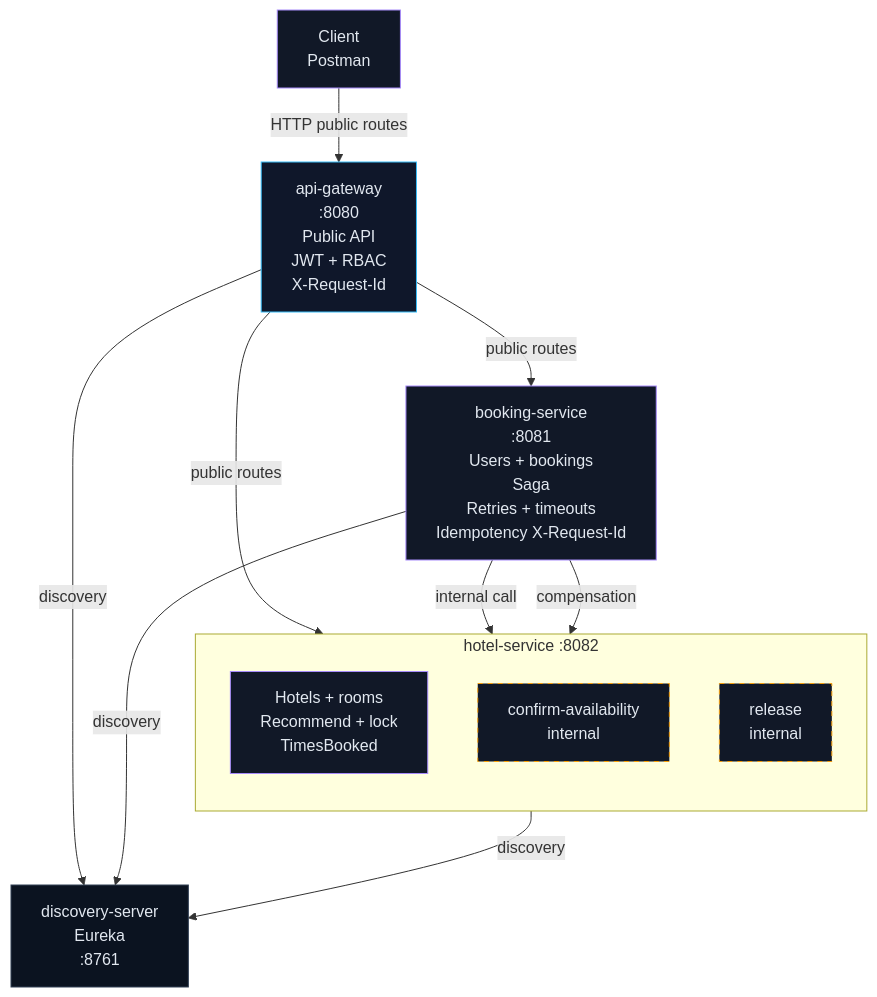
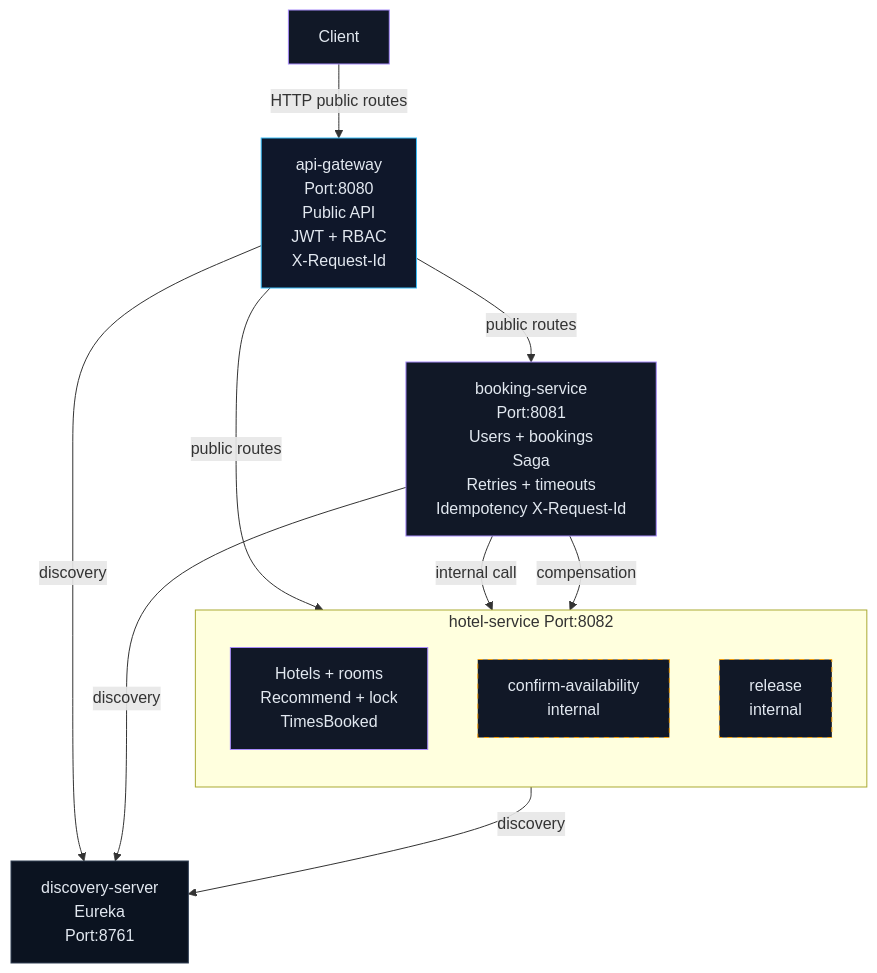
Before and after one commit to amasovich/hotel-booking-system: the diagram in README.md, drawn with Mermaid. The commit also changed other lines of this file, not shown here.

````diff
--- a/README.md
+++ b/README.md
@@ -67,35 +40,35 @@
 ```mermaid
 flowchart TB
 %% ===== Styles (GitHub-safe) =====
 classDef infra fill:#0b1320,stroke:#334155,color:#e2e8f0;
 classDef gateway fill:#0f172a,stroke:#38bdf8,color:#e2e8f0;
 classDef svc fill:#111827,stroke:#a78bfa,color:#e2e8f0;
 classDef internal fill:#111827,stroke:#f59e0b,color:#e2e8f0,stroke-dasharray: 5 5;
 
 %% ===== Nodes =====
-Client["Client<br/>Postman"]:::svc
-E["discovery-server<br/>Eureka<br/>:8761"]:::infra
-G["api-gateway<br/>:8080<br/>Public API<br/>JWT + RBAC<br/>X-Request-Id"]:::gateway
-B["booking-service<br/>:8081<br/>Users + bookings<br/>Saga<br/>Retries + timeouts<br/>Idempotency X-Request-Id"]:::svc
+Client["Client"]:::svc
+E["discovery-server<br/>Eureka<br/>Port:8761"]:::infra
+G["api-gateway<br/>Port:8080<br/>Public API<br/>JWT + RBAC<br/>X-Request-Id"]:::gateway
+B["booking-service<br/>Port:8081<br/>Users + bookings<br/>Saga<br/>Retries + timeouts<br/>Idempotency X-Request-Id"]:::svc
 
-subgraph HS["hotel-service :8082"]
+subgraph HS["hotel-service Port:8082"]
 direction TB
 H["Hotels + rooms<br/>Recommend + lock<br/>TimesBooked"]:::svc
 C["confirm-availability<br/>internal"]:::internal
 R["release<br/>internal"]:::internal
 end
 
 %% ===== Public flow =====
 Client -->|HTTP public routes| G
 G -->|public routes| B
 G -->|public routes| H
 
 %% ===== Saga internal calls =====
 B -->|internal call| C
 B -->|compensation| R
 
 %% ===== Service discovery =====
 G -->|discovery| E
 B -->|discovery| E
 H -->|discovery| E
 ```
````
